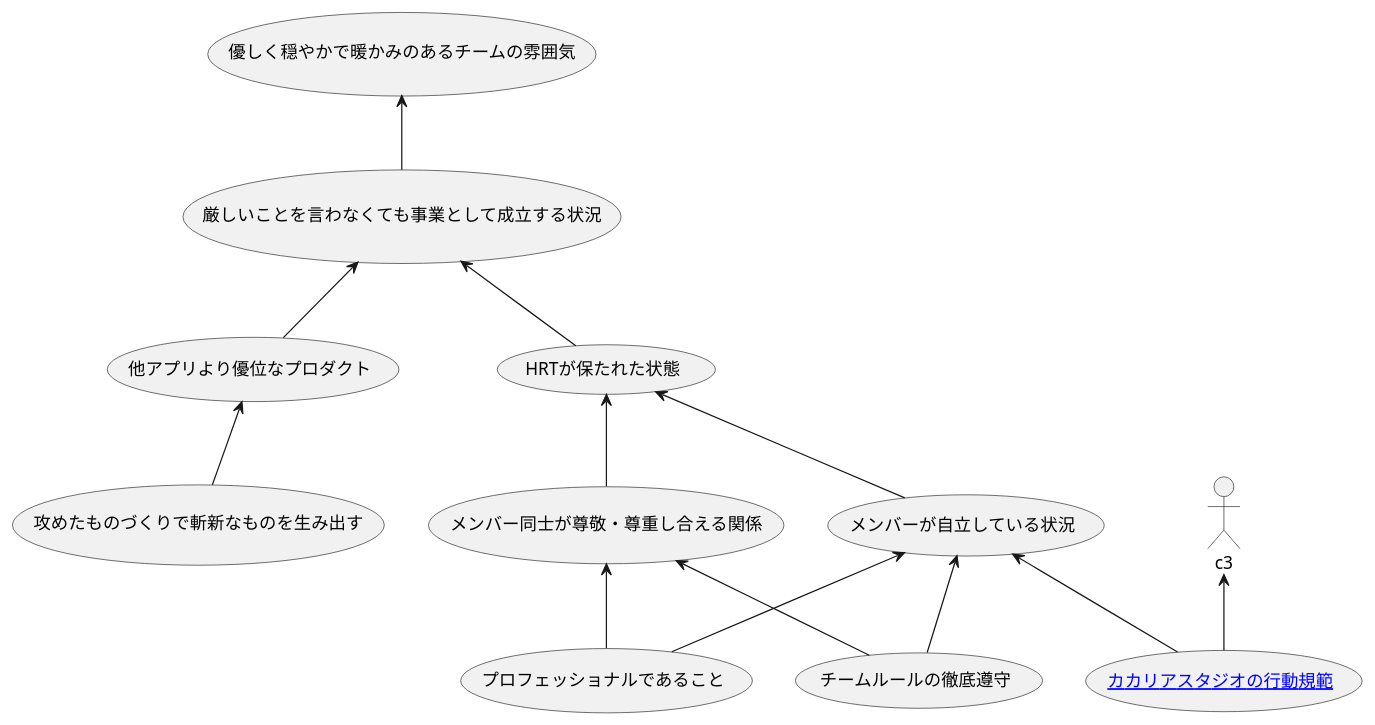
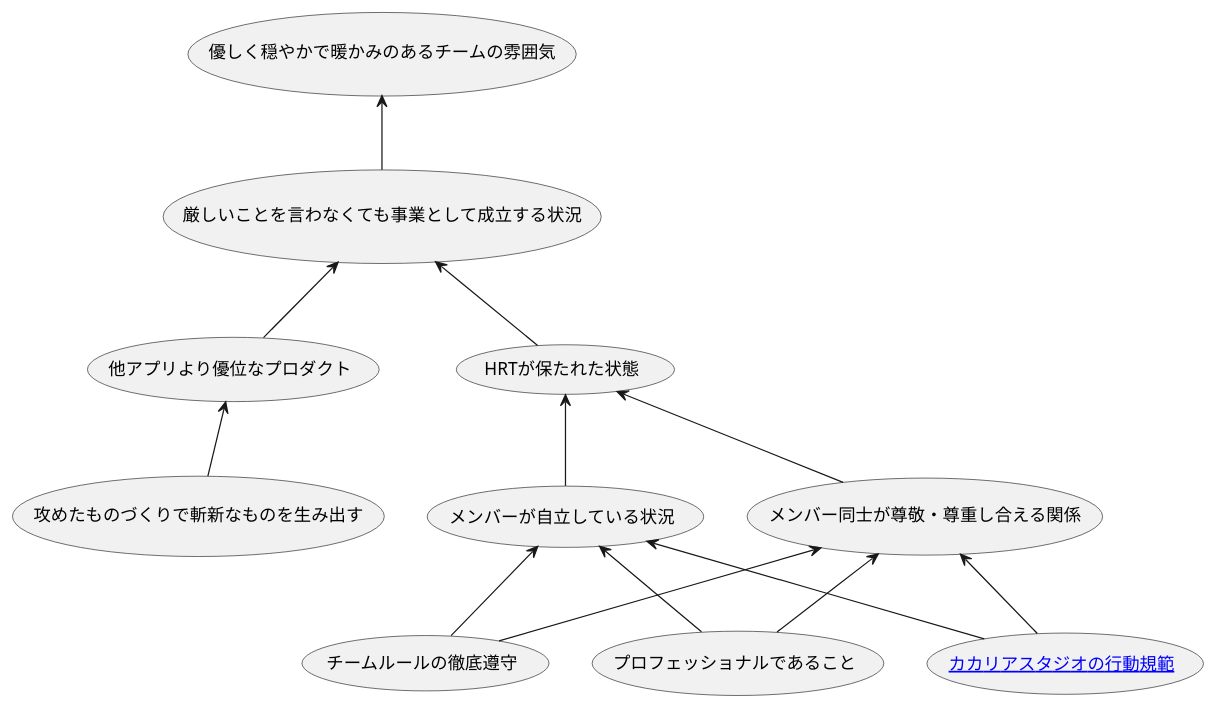
One commit to ryooo/enchantjs_animation_ajax_loop changed the first of 6 diagrams in README.md. Above: the diagram before and after it, drawn with PlantUML.

````diff
--- a/README.md
+++ b/README.md
@@ -13,28 +13,28 @@
 ```uml
 @startuml
 (優しく穏やかで暖かみのあるチームの雰囲気) as a
 (厳しいことを言わなくても事業として成立する状況) as b
 (他アプリより優位なプロダクト) as c1
 (HRTが保たれた状態) as c2
 (メンバーが自立している状況) as c2_1
 (メンバー同士が尊敬・尊重し合える関係) as c2_2
 (攻めたものづくりで斬新なものを生み出す) as d1
 (チームルールの徹底遵守) as d2
 (プロフェッショナルであること) as d3
 ([[https://cacalia-portal.hekk.org/company/code_of_conduct/ カカリアスタジオの行動規範]]) as d4
 
 
 a <-- b
 b <-- c1
 c1 <-- d1
 b <-- c2
 c2 <-- c2_1
 c2 <-- c2_2
 c2_1 <-- d2
 c2_1 <-- d3
 c2_1 <-- d4
 c2_2 <-- d2
 c2_2 <-- d3
-c3 <-- d4
+c2_2 <-- d4
 @enduml
 ```
````
